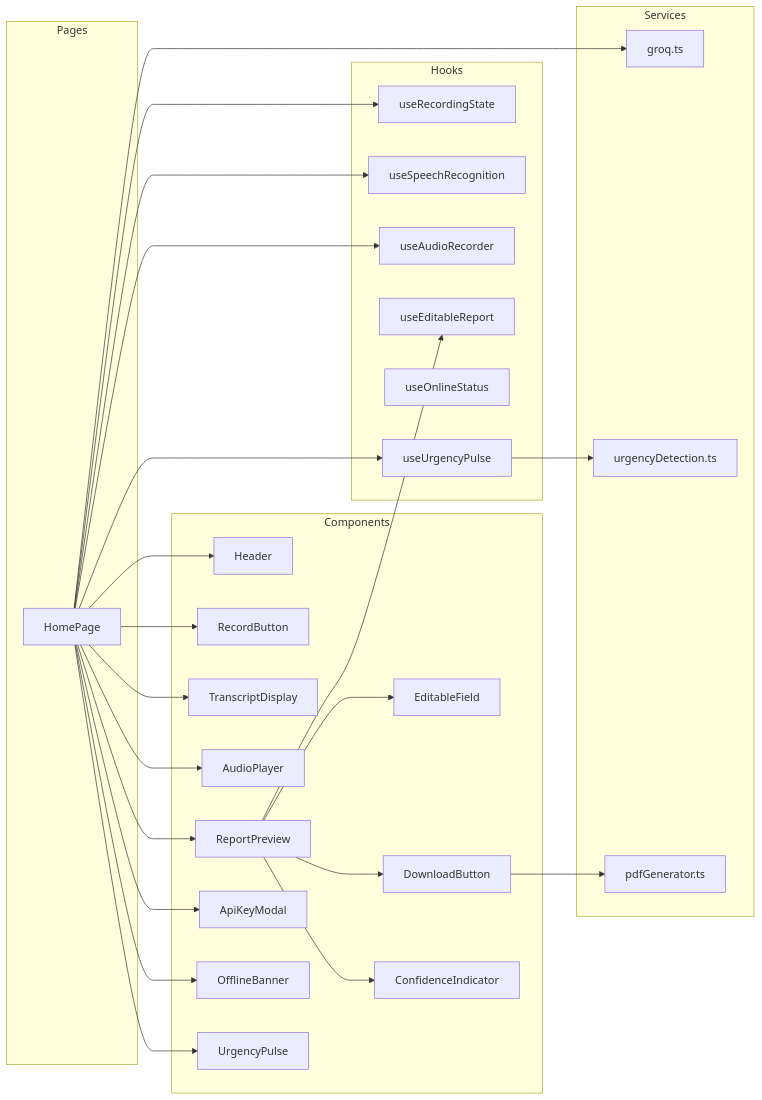
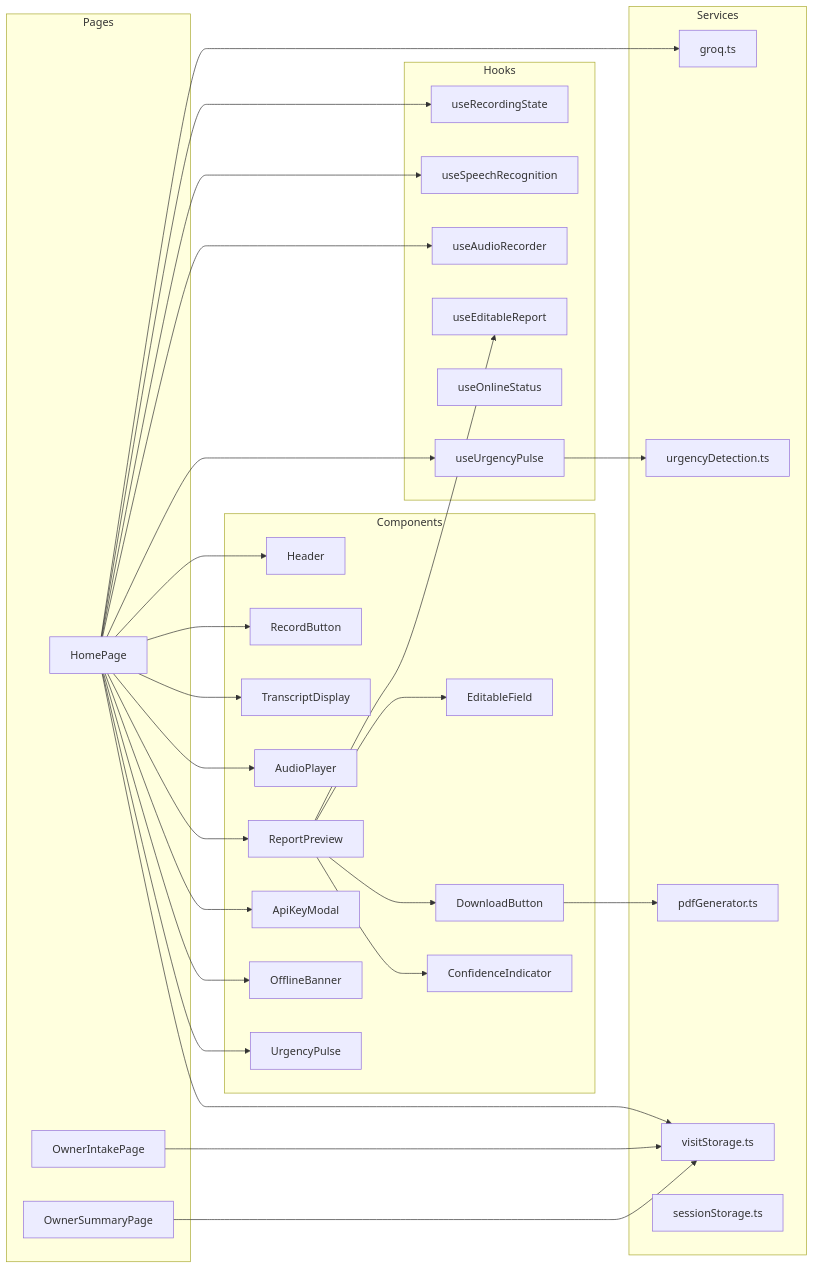
The second of 4 diagrams in README.md (Rahul-sch/VetTriage), drawn with Mermaid before and after one commit. The commit also changed other lines of this file and 1 other file, not shown here.

First line of the commit message:
Update README with owner platform, visit system, and Supabase integration

````diff
--- a/README.md
+++ b/README.md
@@ -107,58 +139,65 @@
 ```mermaid
 flowchart LR
     subgraph pages [Pages]
         HP[HomePage]
+        OIP[OwnerIntakePage]
+        OSP[OwnerSummaryPage]
     end
 
     subgraph components [Components]
         HD[Header]
         RB[RecordButton]
         TD[TranscriptDisplay]
         AP[AudioPlayer]
         RP[ReportPreview]
         EF[EditableField]
         DB[DownloadButton]
         AKM[ApiKeyModal]
         OB[OfflineBanner]
         UP[UrgencyPulse]
         CI[ConfidenceIndicator]
     end
 
     subgraph hooks [Hooks]
         URS[useRecordingState]
         USR[useSpeechRecognition]
         UAR[useAudioRecorder]
         UER[useEditableReport]
         UOS[useOnlineStatus]
         UUP[useUrgencyPulse]
     end
 
     subgraph services [Services]
         GS[groq.ts]
         UD[urgencyDetection.ts]
         PDF[pdfGenerator.ts]
+        VS[visitStorage.ts]
+        SS[sessionStorage.ts]
     end
 
     HP --> HD
     HP --> RB
     HP --> TD
     HP --> AP
     HP --> RP
     HP --> AKM
     HP --> OB
     HP --> UP
 
     HP --> URS
     HP --> USR
     HP --> UAR
     HP --> UUP
 
     RP --> EF
     RP --> DB
     RP --> UER
     RP --> CI
 
     DB --> PDF
     HP --> GS
     UUP --> UD
+    HP --> VS
+    OIP --> VS
+    OSP --> VS
 ```
````
